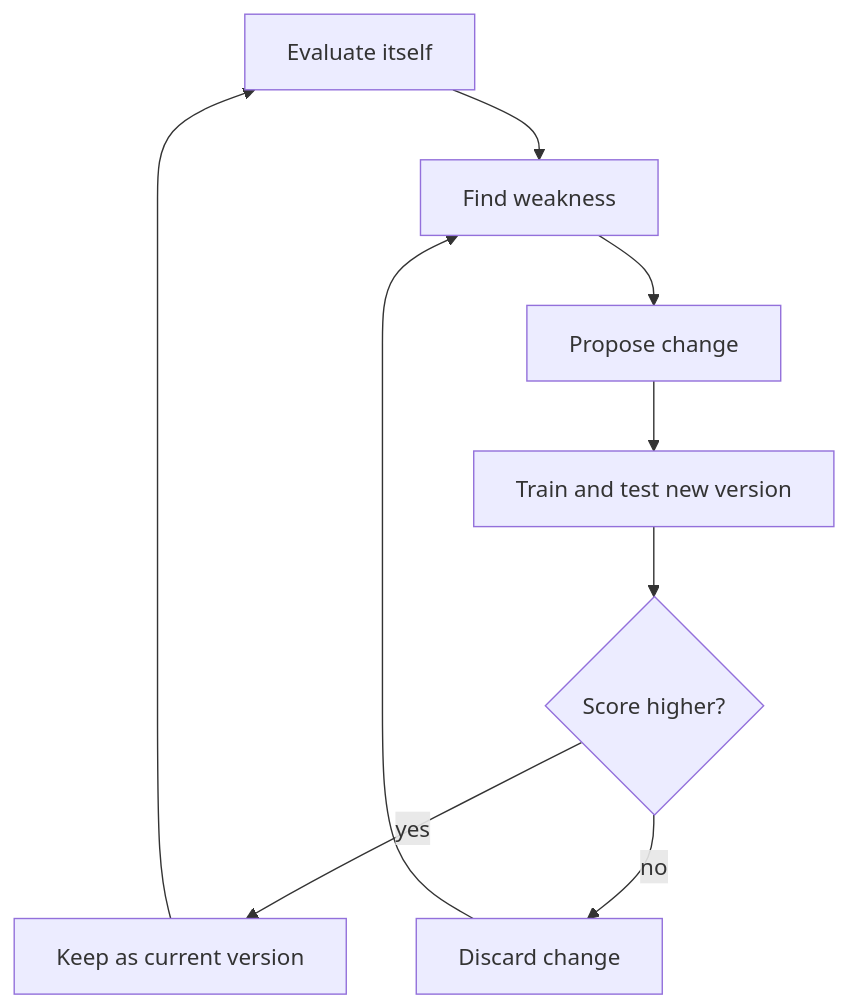
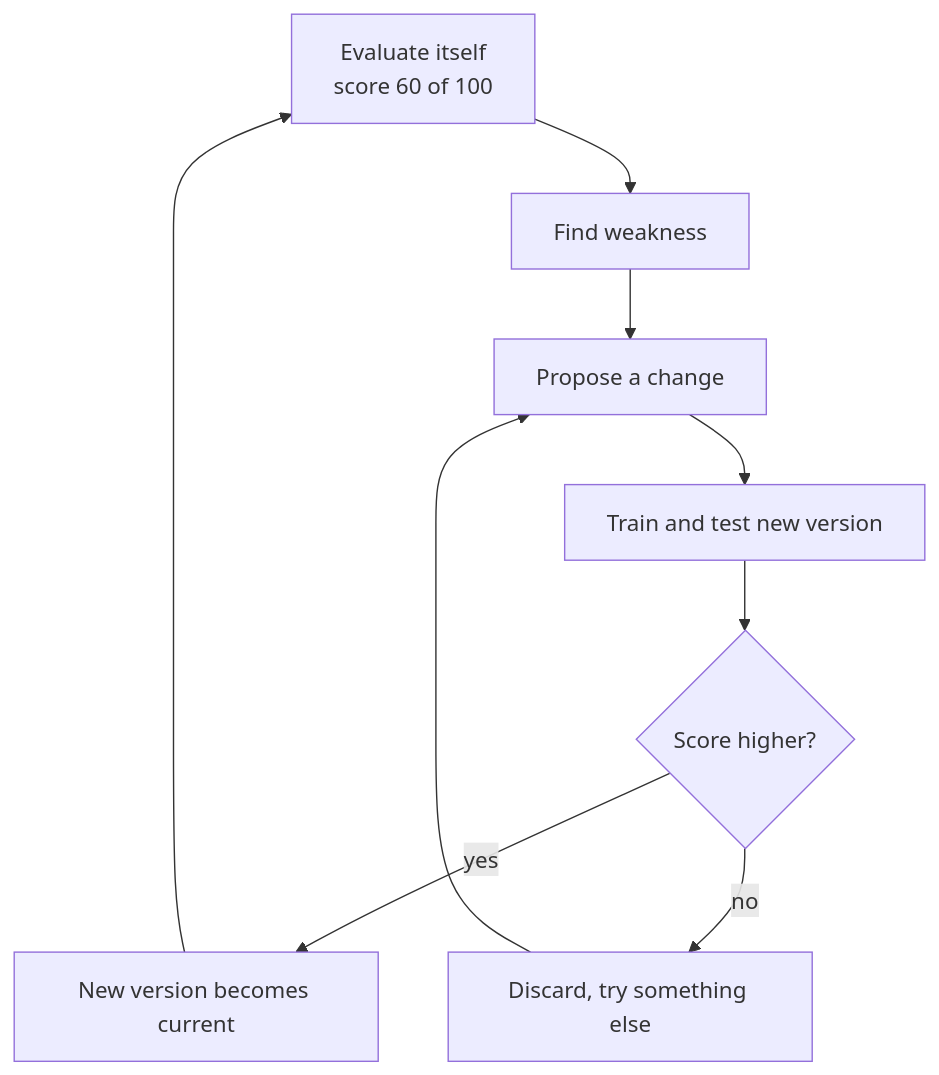
One commit to kaisarnajar/outcome-school-blogs changed the first of 3 diagrams in notes/step-17-frontier-ideas-in-ai/221-what-is-recursive-self-improvement-rsi.md. Above: the diagram before and after it, drawn with Mermaid. The commit also changed other lines of this file and 233 other files, not shown here.

````diff
--- a/notes/step-17-frontier-ideas-in-ai/221-what-is-recursive-self-improvement-rsi.md
+++ b/notes/step-17-frontier-ideas-in-ai/221-what-is-recursive-self-improvement-rsi.md
@@ -44,11 +63,11 @@
 ```mermaid
 flowchart TD
-    A["Evaluate itself"] --> B["Find weakness"]
-    B --> C["Propose change"]
-    C --> D["Train and test new version"]
-    D --> E{"Score higher?"}
-    E -->|"yes"| F["Keep as current version"]
-    E -->|"no"| G["Discard change"]
-    F --> A
-    G --> B
+  E1["Evaluate itself<br/>score 60 of 100"] --> W1["Find weakness"]
+  W1 --> P1["Propose a change"]
+  P1 --> T1["Train and test new version"]
+  T1 --> K1{"Score higher?"}
+  K1 -->|"yes"| N1["New version becomes current"]
+  K1 -->|"no"| D1["Discard, try something else"]
+  N1 --> E1
+  D1 --> P1
 ```
````
